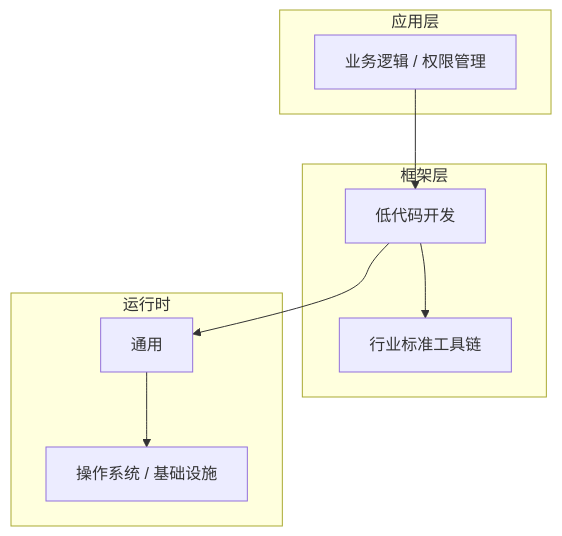
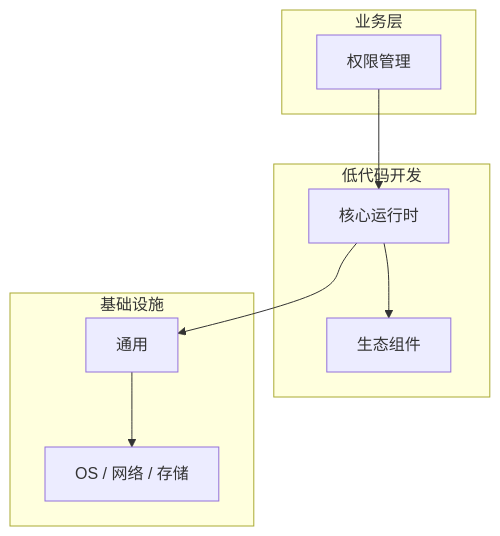
The diagram in articles/低代码开发/chapters/031-权限管理核心概念与原理.md (yanggan2015/knowledge-json-v2), drawn with Mermaid before and after one commit. The commit also changed other lines of this file and 10127 other files, not shown here.

````diff
--- a/articles/低代码开发/chapters/031-权限管理核心概念与原理.md
+++ b/articles/低代码开发/chapters/031-权限管理核心概念与原理.md
@@ -45,18 +30,18 @@
 ```mermaid
 graph TB
-    subgraph 应用层
-        A[业务逻辑 / 权限管理]
+    subgraph 业务层
+        A[权限管理]
     end
-    subgraph 框架层
-        B[低代码开发]
-        C[行业标准工具链]
+    subgraph 低代码开发
+        B[核心运行时]
+        C[生态组件]
     end
-    subgraph 运行时
+    subgraph 基础设施
         D[通用]
-        E[操作系统 / 基础设施]
+        E[OS / 网络 / 存储]
     end
     A --> B
     B --> C
     B --> D
     D --> E
 ```
````
